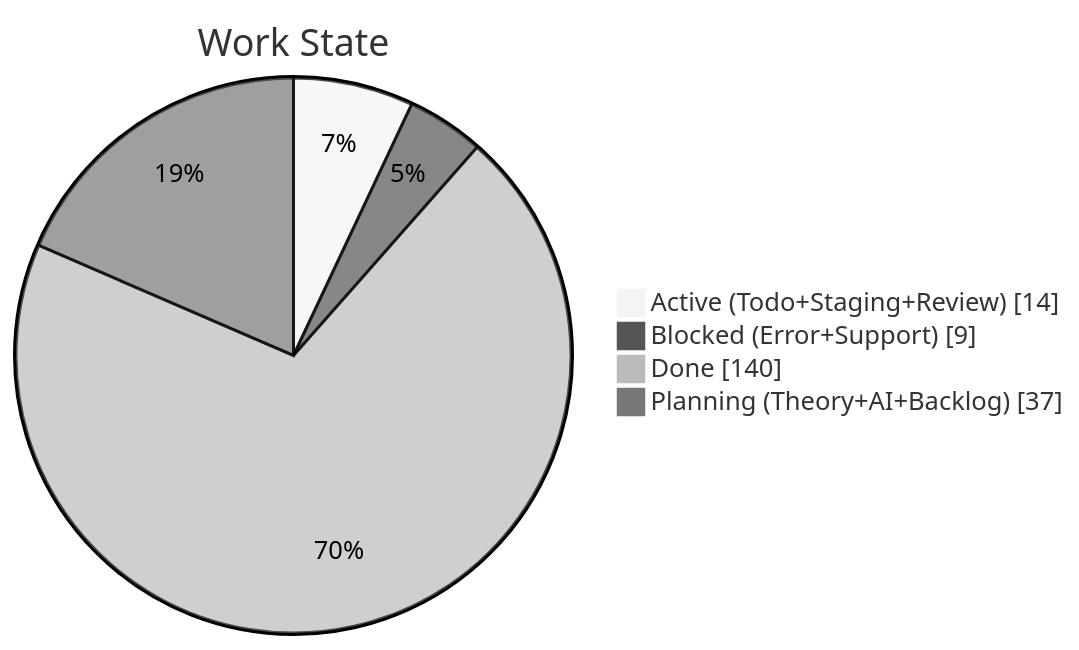
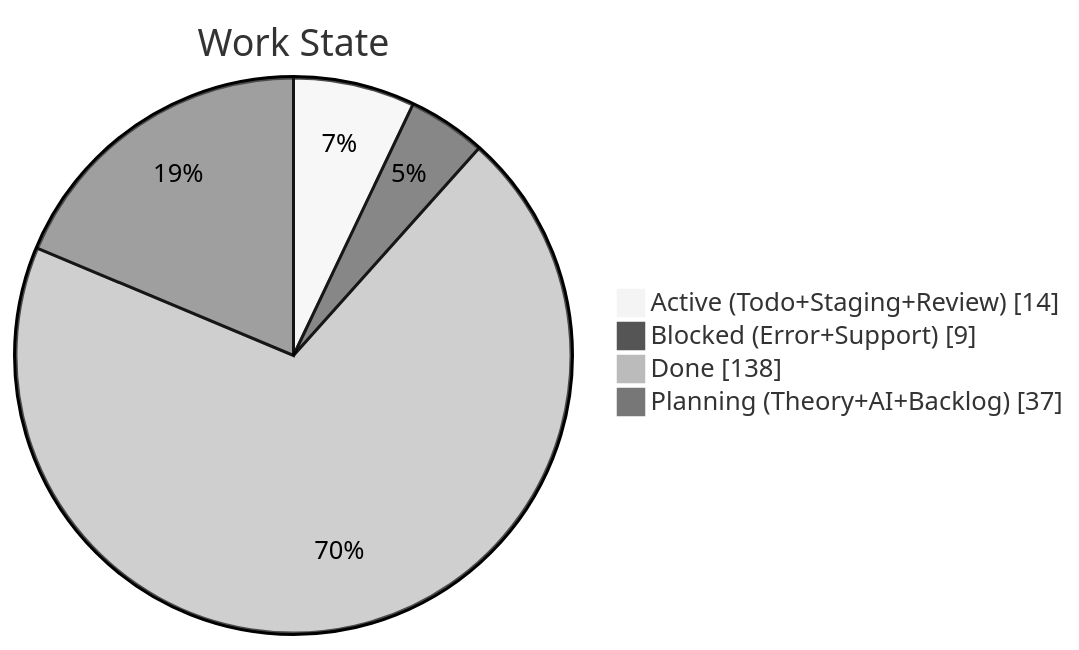
The second of 4 diagrams in apps/kbve/astro-kbve/src/content/docs/dashboard/kanban-data.mdx (KBVE/kbve), drawn with Mermaid (neutral theme) before and after one commit. The commit also changed other lines of this file and 8 other files, not shown here.

````diff
--- a/apps/kbve/astro-kbve/src/content/docs/dashboard/kanban-data.mdx
+++ b/apps/kbve/astro-kbve/src/content/docs/dashboard/kanban-data.mdx
@@ -68,8 +68,8 @@
 ```mermaid
 pie showData
     title Work State
     "Active (Todo+Staging+Review)" : 14
     "Blocked (Error+Support)" : 9
-    "Done" : 140
+    "Done" : 138
     "Planning (Theory+AI+Backlog)" : 37
 ```
````
